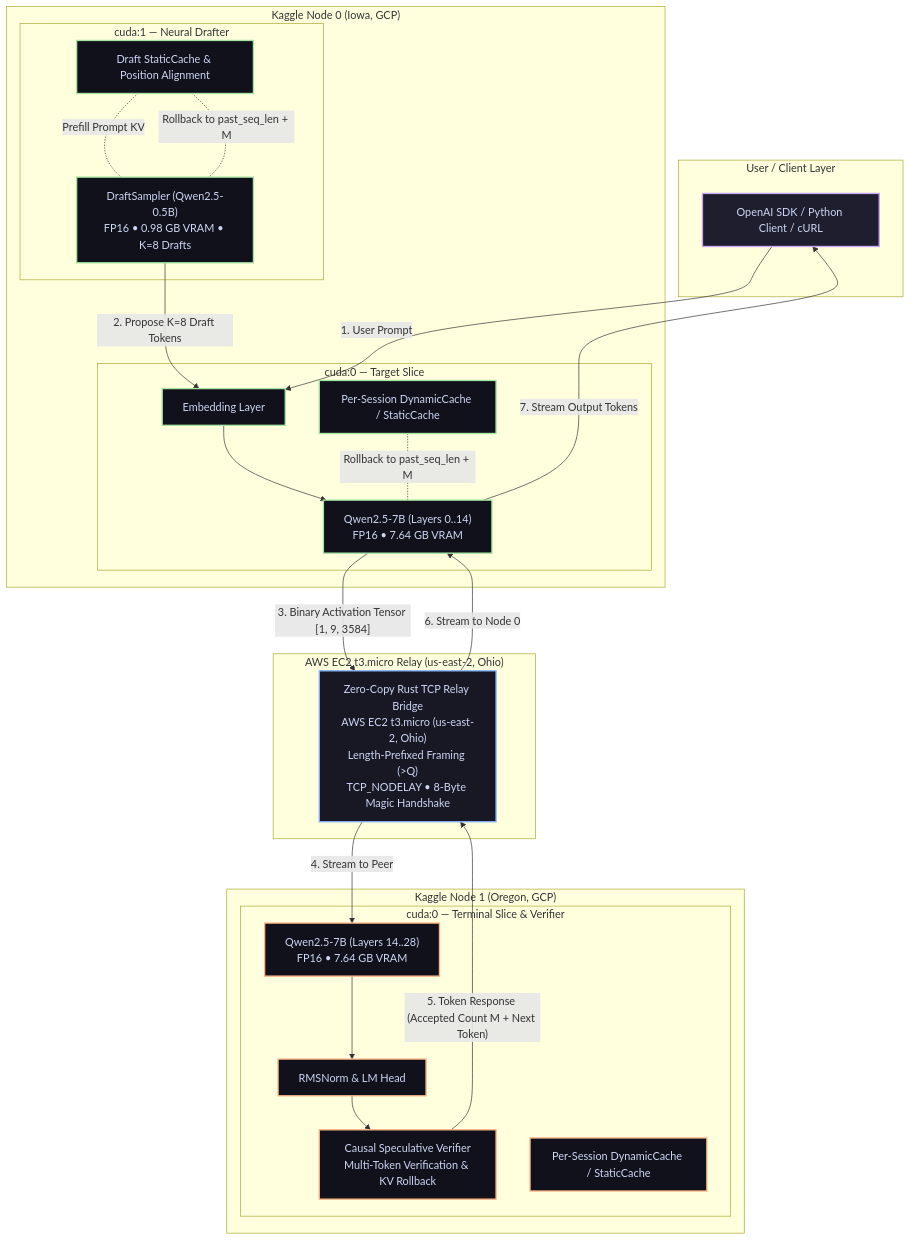
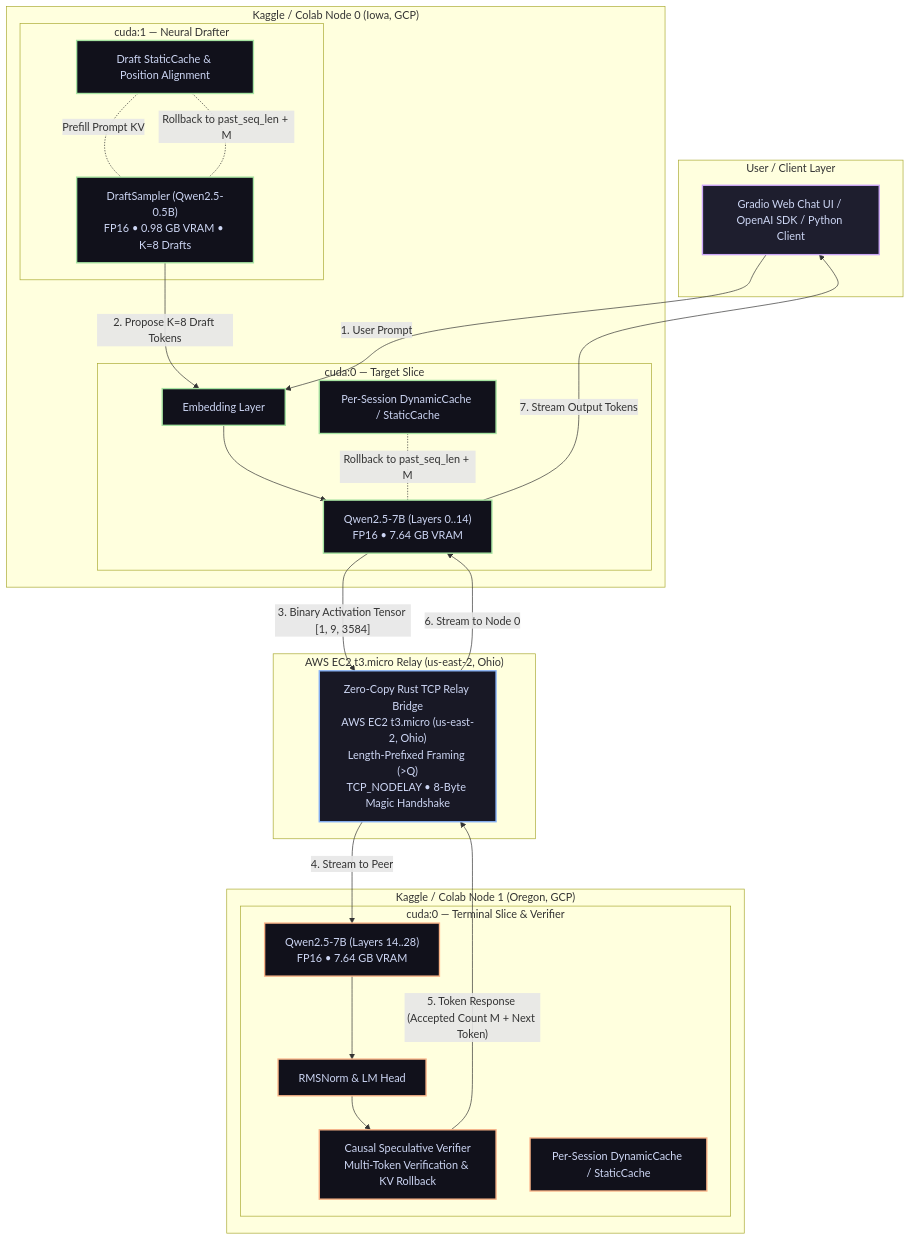
Before and after one commit to rautaditya2606/Shardflow: the diagram in README.md, drawn with Mermaid. The commit also changed other lines of this file, not shown here.

Commit message:
docs: update README with interactive Gradio Web Chat UI, streaming features, and Kaggle/Colab recipes

````diff
--- a/README.md
+++ b/README.md
@@ -129,50 +168,50 @@
 ```mermaid
 graph TD
     classDef client fill:#1e1e2e,stroke:#cba6f7,stroke-width:2px,color:#cdd6f4
     classDef node0 fill:#11111b,stroke:#a6e3a1,stroke-width:2px,color:#cdd6f4
     classDef node1 fill:#11111b,stroke:#fab387,stroke-width:2px,color:#cdd6f4
     classDef relay fill:#181825,stroke:#89b4fa,stroke-width:2px,color:#cdd6f4
 
     subgraph UserSpace["User / Client Layer"]
-        C["OpenAI SDK / Python Client / cURL"]:::client
+        C["Gradio Web Chat UI / OpenAI SDK / Python Client"]:::client
     end
 
-    subgraph Node0Instance["Kaggle Node 0 (Iowa, GCP)"]
+    subgraph Node0Instance["Kaggle / Colab Node 0 (Iowa, GCP)"]
         subgraph GPU0["cuda:0 — Target Slice"]
             N0_EMB["Embedding Layer"]:::node0
             N0_LAYERS["Qwen2.5-7B (Layers 0..14)<br/>FP16 • 7.64 GB VRAM"]:::node0
             N0_KV["Per-Session DynamicCache / StaticCache"]:::node0
         end
         subgraph GPU1["cuda:1 — Neural Drafter"]
             DRAFT["DraftSampler (Qwen2.5-0.5B)<br/>FP16 • 0.98 GB VRAM • K=8 Drafts"]:::node0
             DRAFT_KV["Draft StaticCache & Position Alignment"]:::node0
         end
     end
 
     subgraph RelayServer["AWS EC2 t3.micro Relay (us-east-2, Ohio)"]
         RELAY["Zero-Copy Rust TCP Relay Bridge<br/>AWS EC2 t3.micro (us-east-2, Ohio)<br/>Length-Prefixed Framing (>Q)<br/>TCP_NODELAY • 8-Byte Magic Handshake"]:::relay
     end
 
-    subgraph Node1Instance["Kaggle Node 1 (Oregon, GCP)"]
+    subgraph Node1Instance["Kaggle / Colab Node 1 (Oregon, GCP)"]
         subgraph GPU_N1["cuda:0 — Terminal Slice & Verifier"]
             N1_LAYERS["Qwen2.5-7B (Layers 14..28)<br/>FP16 • 7.64 GB VRAM"]:::node1
             N1_HEAD["RMSNorm & LM Head"]:::node1
             N1_VERIFY["Causal Speculative Verifier<br/>Multi-Token Verification & KV Rollback"]:::node1
             N1_KV["Per-Session DynamicCache / StaticCache"]:::node1
         end
     end
 
     C -->|"1. User Prompt"| N0_EMB
     DRAFT_KV -.-|"Prefill Prompt KV"| DRAFT
     DRAFT -->|"2. Propose K=8 Draft Tokens"| N0_EMB
     N0_EMB --> N0_LAYERS
     N0_LAYERS -->|"3. Binary Activation Tensor [1, 9, 3584]"| RELAY
     RELAY -->|"4. Stream to Peer"| N1_LAYERS
     N1_LAYERS --> N1_HEAD
     N1_HEAD --> N1_VERIFY
     N1_VERIFY -->|"5. Token Response (Accepted Count M + Next Token)"| RELAY
     RELAY -->|"6. Stream to Node 0"| N0_LAYERS
     N0_KV -.-|"Rollback to past_seq_len + M"| N0_LAYERS
     DRAFT_KV -.-|"Rollback to past_seq_len + M"| DRAFT
     N0_LAYERS -->|"7. Stream Output Tokens"| C
 ```
````
